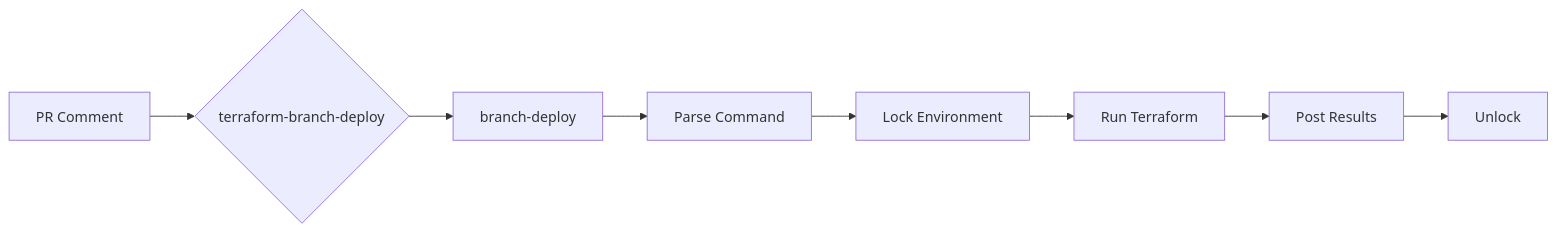
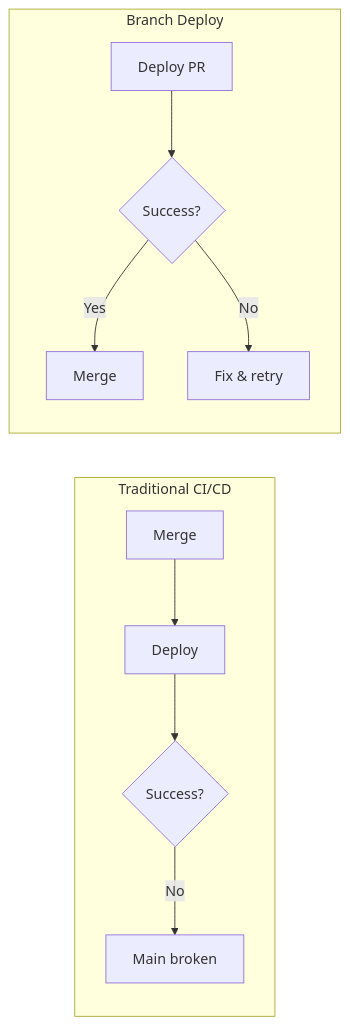
Before and after one commit to scarowar/terraform-branch-deploy: the diagram in README.md, drawn with Mermaid. The commit also changed other lines of this file and 35 other files, not shown here.

First line of the commit message:
[v0.2.0 Redesign] Enterprise-Grade Terraform Branch Deploy (#86)

````diff
--- a/README.md
+++ b/README.md
@@ -112,10 +35,12 @@
 ```mermaid
 flowchart LR
-    A[PR Comment] --> B{terraform-branch-deploy}
-    B --> C[branch-deploy]
-    C --> D[Parse Command]
-    D --> E[Lock Environment]
-    E --> F[Run Terraform]
-    F --> G[Post Results]
-    G --> H[Unlock]
+    subgraph Traditional["Traditional CI/CD"]
+        A[Merge] --> B[Deploy] --> C{Success?}
+        C -->|No| D[Main broken]
+    end
+    subgraph BranchDeploy["Branch Deploy"]
+        E[Deploy PR] --> F{Success?}
+        F -->|Yes| G[Merge]
+        F -->|No| H[Fix & retry]
+    end
 ```
````
